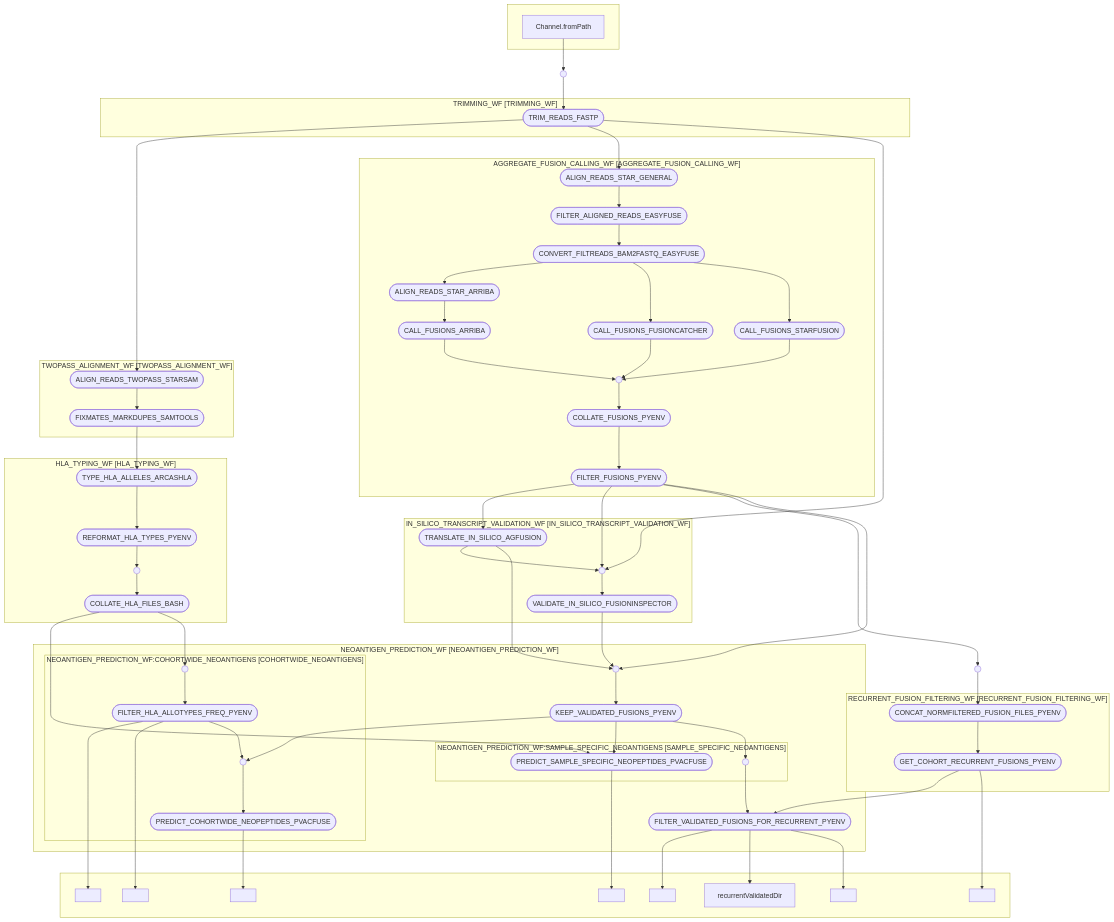
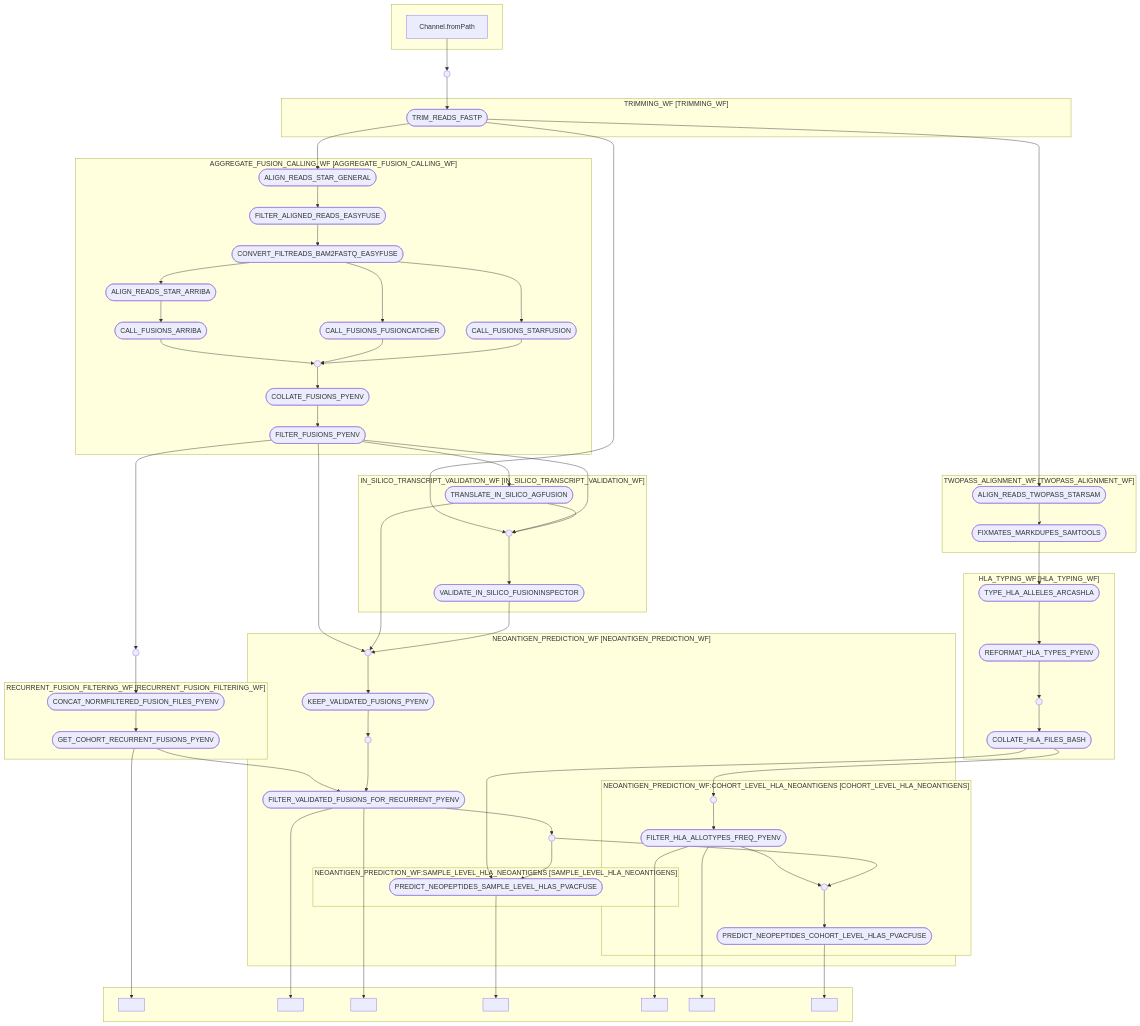
One commit to cancer-research-malaysia/NeonDisco changed the diagram in dags/cohortwide-dataflow-recurrent-v3-ALL-validated-lt5.mmd. Above: the diagram before and after it, drawn with Mermaid. The commit also changed 9 other files, not shown here.

```diff
--- a/dags/cohortwide-dataflow-recurrent-v3-ALL-validated-lt5.mmd
+++ b/dags/cohortwide-dataflow-recurrent-v3-ALL-validated-lt5.mmd
@@ -1,115 +1,115 @@
 flowchart TB
     subgraph " "
     v4["Channel.fromPath"]
     end
     subgraph "TRIMMING_WF [TRIMMING_WF]"
     v15(["TRIM_READS_FASTP"])
     end
     subgraph "TWOPASS_ALIGNMENT_WF [TWOPASS_ALIGNMENT_WF]"
     v16(["ALIGN_READS_TWOPASS_STARSAM"])
     v17(["FIXMATES_MARKDUPES_SAMTOOLS"])
     end
     subgraph "HLA_TYPING_WF [HLA_TYPING_WF]"
     v18(["TYPE_HLA_ALLELES_ARCASHLA"])
     v19(["REFORMAT_HLA_TYPES_PYENV"])
     v21(["COLLATE_HLA_FILES_BASH"])
     v20(( ))
     end
     subgraph "AGGREGATE_FUSION_CALLING_WF [AGGREGATE_FUSION_CALLING_WF]"
     v22(["ALIGN_READS_STAR_GENERAL"])
     v23(["FILTER_ALIGNED_READS_EASYFUSE"])
     v24(["CONVERT_FILTREADS_BAM2FASTQ_EASYFUSE"])
     v25(["ALIGN_READS_STAR_ARRIBA"])
     v26(["CALL_FUSIONS_ARRIBA"])
     v27(["CALL_FUSIONS_FUSIONCATCHER"])
     v28(["CALL_FUSIONS_STARFUSION"])
     v31(["COLLATE_FUSIONS_PYENV"])
     v32(["FILTER_FUSIONS_PYENV"])
     v29(( ))
     end
     subgraph "IN_SILICO_TRANSCRIPT_VALIDATION_WF [IN_SILICO_TRANSCRIPT_VALIDATION_WF]"
     v33(["TRANSLATE_IN_SILICO_AGFUSION"])
     v37(["VALIDATE_IN_SILICO_FUSIONINSPECTOR"])
     v34(( ))
     end
     subgraph "RECURRENT_FUSION_FILTERING_WF [RECURRENT_FUSION_FILTERING_WF]"
     v39(["CONCAT_NORMFILTERED_FUSION_FILES_PYENV"])
     v40(["GET_COHORT_RECURRENT_FUSIONS_PYENV"])
     end
     subgraph " "
     v41[" "]
     v49[" "]
-    v50["recurrentValidatedDir"]
-    v51[" "]
+    v50[" "]
     v55[" "]
     v58[" "]
     v59[" "]
     v65[" "]
     end
     subgraph "NEOANTIGEN_PREDICTION_WF [NEOANTIGEN_PREDICTION_WF]"
     v45(["KEEP_VALIDATED_FUSIONS_PYENV"])
     v48(["FILTER_VALIDATED_FUSIONS_FOR_RECURRENT_PYENV"])
-    subgraph "NEOANTIGEN_PREDICTION_WF:SAMPLE_SPECIFIC_NEOANTIGENS [SAMPLE_SPECIFIC_NEOANTIGENS]"
-    v54(["PREDICT_SAMPLE_SPECIFIC_NEOPEPTIDES_PVACFUSE"])
+    subgraph "NEOANTIGEN_PREDICTION_WF:SAMPLE_LEVEL_HLA_NEOANTIGENS [SAMPLE_LEVEL_HLA_NEOANTIGENS]"
+    v54(["PREDICT_NEOPEPTIDES_SAMPLE_LEVEL_HLAS_PVACFUSE"])
     end
-    subgraph "NEOANTIGEN_PREDICTION_WF:COHORTWIDE_NEOANTIGENS [COHORTWIDE_NEOANTIGENS]"
+    subgraph "NEOANTIGEN_PREDICTION_WF:COHORT_LEVEL_HLA_NEOANTIGENS [COHORT_LEVEL_HLA_NEOANTIGENS]"
     v57(["FILTER_HLA_ALLOTYPES_FREQ_PYENV"])
-    v64(["PREDICT_COHORTWIDE_NEOPEPTIDES_PVACFUSE"])
+    v64(["PREDICT_NEOPEPTIDES_COHORT_LEVEL_HLAS_PVACFUSE"])
     v56(( ))
     v60(( ))
     end
     v42(( ))
     v46(( ))
+    v53(( ))
     end
     v5(( ))
     v38(( ))
     v4 --> v5
     v5 --> v15
     v15 --> v16
     v15 --> v22
     v15 --> v34
     v16 --> v17
     v17 --> v18
     v18 --> v19
     v19 --> v20
     v20 --> v21
     v21 --> v54
     v21 --> v56
     v22 --> v23
     v23 --> v24
     v24 --> v25
     v24 --> v27
     v24 --> v28
     v25 --> v26
     v26 --> v29
     v27 --> v29
     v28 --> v29
     v29 --> v31
     v31 --> v32
     v32 --> v33
     v32 --> v34
     v32 --> v38
     v32 --> v42
     v33 --> v34
     v33 --> v42
     v34 --> v37
     v37 --> v42
     v38 --> v39
     v39 --> v40
     v40 --> v48
     v40 --> v41
     v42 --> v45
-    v45 --> v54
     v45 --> v46
-    v45 --> v60
     v46 --> v48
-    v48 --> v51
     v48 --> v50
     v48 --> v49
+    v48 --> v53
+    v53 --> v54
     v54 --> v55
     v56 --> v57
     v57 --> v59
     v57 --> v58
     v57 --> v60
     v60 --> v64
     v64 --> v65
+    v53 --> v60
```
